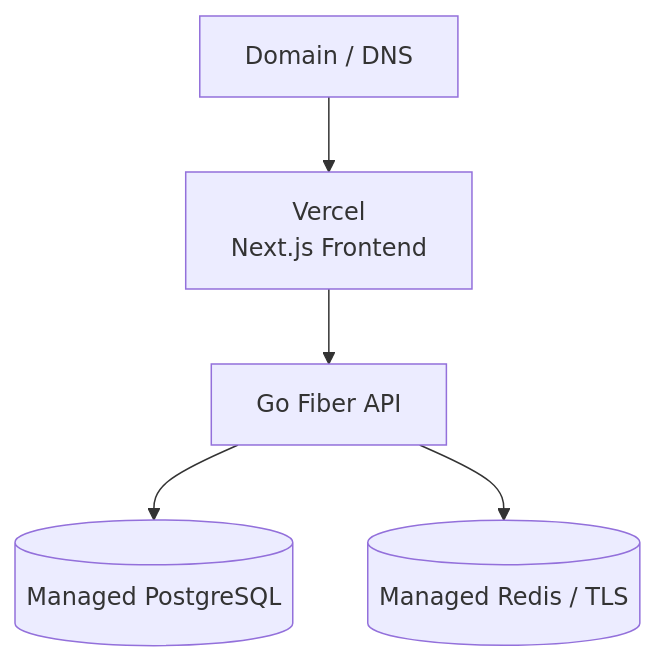
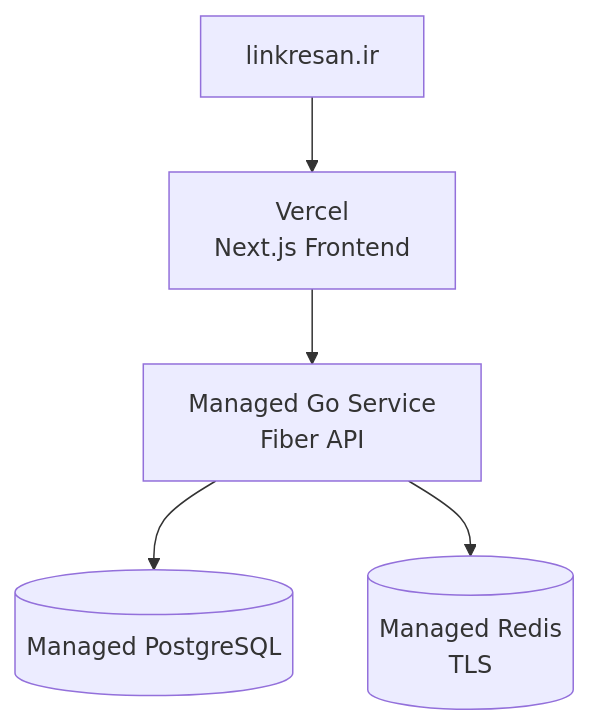
The sixth of 6 diagrams in README.md (AmirMotefaker/LinkResan), drawn with Mermaid before and after one commit. The commit also changed other lines of this file and 2 other files, not shown here.

````diff
--- a/README.md
+++ b/README.md
@@ -638,7 +991,7 @@
 ```mermaid
 flowchart TB
-    DNS["Domain / DNS"] --> WEB["Vercel<br/>Next.js Frontend"]
-    WEB --> API["Go Fiber API"]
+    DOMAIN["linkresan.ir"] --> WEB["Vercel<br/>Next.js Frontend"]
+    WEB --> API["Managed Go Service<br/>Fiber API"]
     API --> PG[("Managed PostgreSQL")]
-    API --> RD[("Managed Redis / TLS")]
+    API --> RD[("Managed Redis<br/>TLS")]
 ```
````
